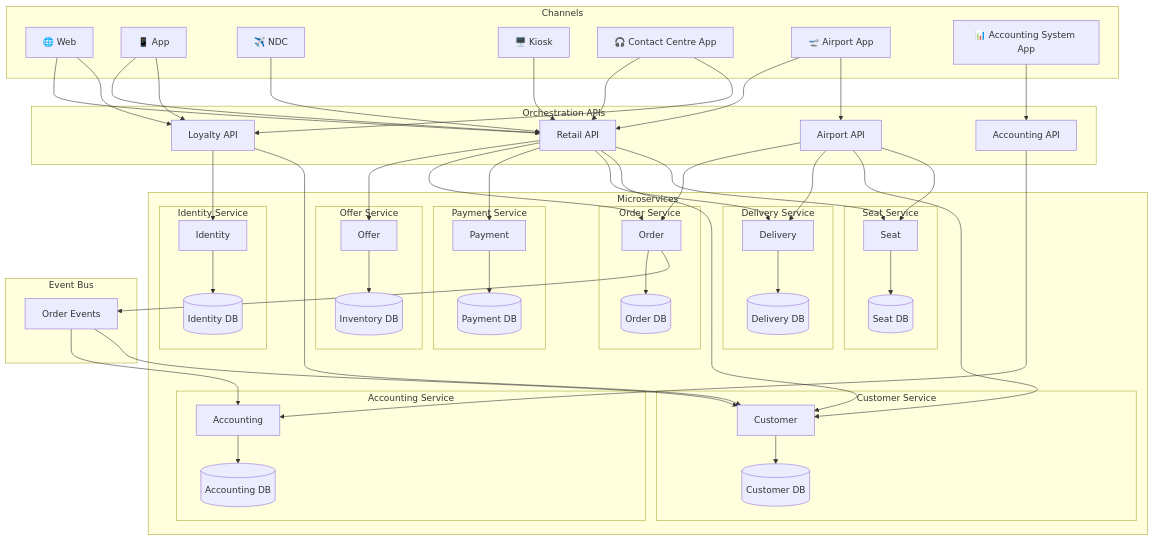
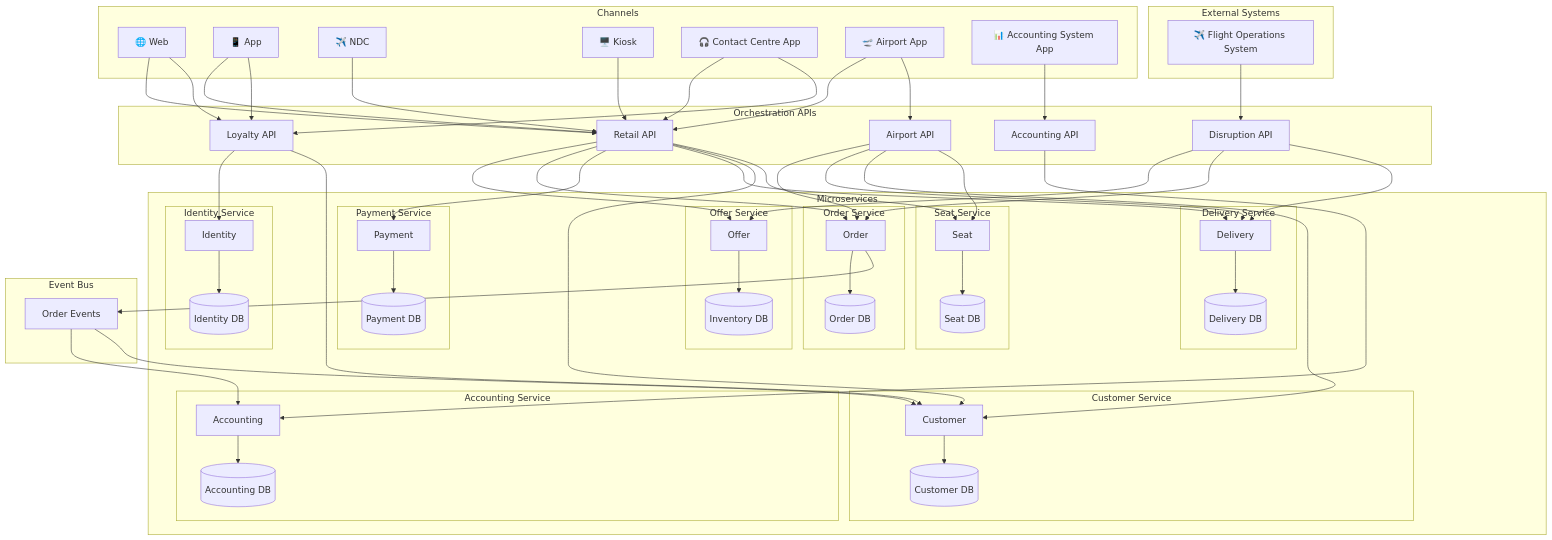
Before and after one commit to sebharvey/airline-reservation-system: the first of 15 diagrams in architecture/design.md, drawn with Mermaid. The commit also changed other lines of this file, not shown here.

First line of the commit message:
Add Disruption API design to architecture document

````diff
--- a/architecture/design.md
+++ b/architecture/design.md
@@ -22,5 +23,9 @@
 ```mermaid
 graph TB
+    subgraph ExternalSystems["External Systems"]
+        FOS[✈️ Flight Operations System]
+    end
+
     subgraph Channels
         WEB[🌐 Web]
         APP[📱 App]
@@ -36,6 +41,7 @@
         LOYALTY_API[Loyalty API]
         AIRPORT_API[Airport API]
         ACCOUNTING_API[Accounting API]
+        DISRUPTION_API[Disruption API]
     end
 
     subgraph Microservices
@@ -84,6 +90,9 @@
         EVT[Order Events]
     end
 
+    %% External → Orchestration
+    FOS --> DISRUPTION_API
+
     %% Channel → Orchestration
     WEB & APP & NDC & KIOSK & CC & AIRPORT --> RETAIL_API
     WEB & APP & CC --> LOYALTY_API
@@ -95,6 +104,7 @@
     LOYALTY_API --> IDENTITY & CUSTOMER
     AIRPORT_API --> ORDER & DELIVERY & CUSTOMER & SEAT
     ACCOUNTING_API --> ACCOUNTING
+    DISRUPTION_API --> OFFER & ORDER & DELIVERY
 
     %% Microservice → DB
     IDENTITY --> IDENTITY_DB
````
